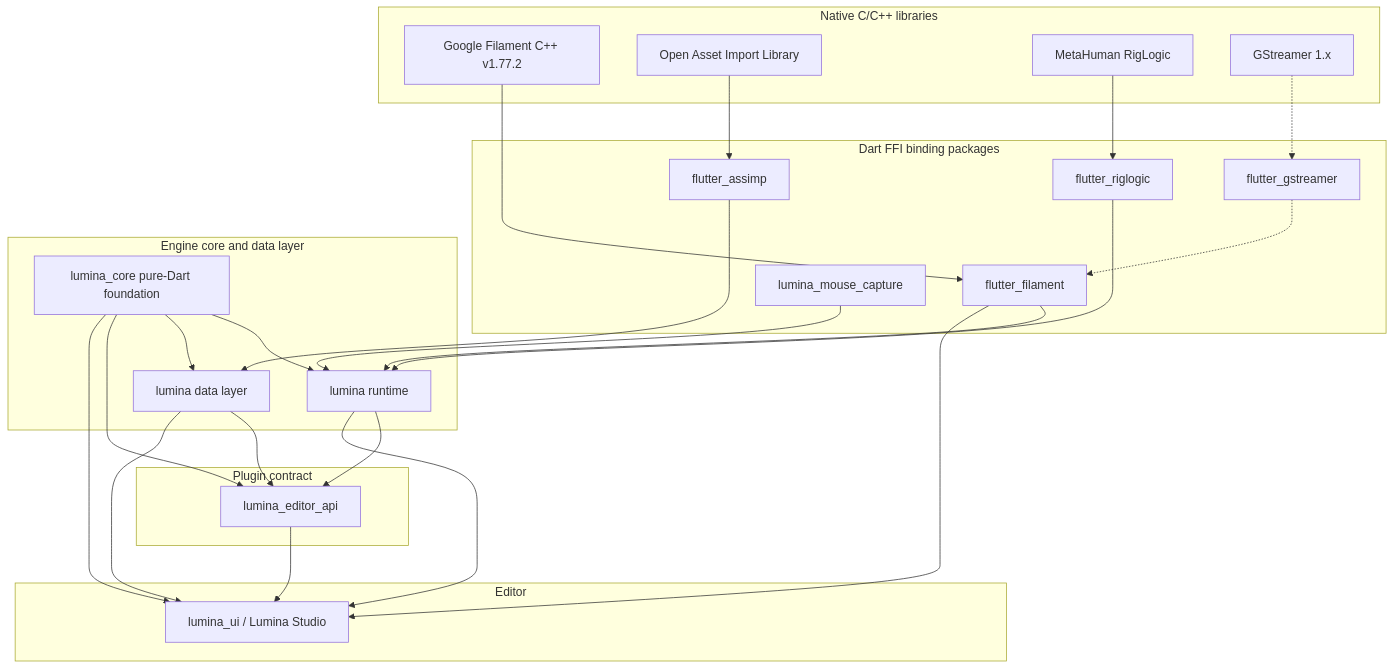
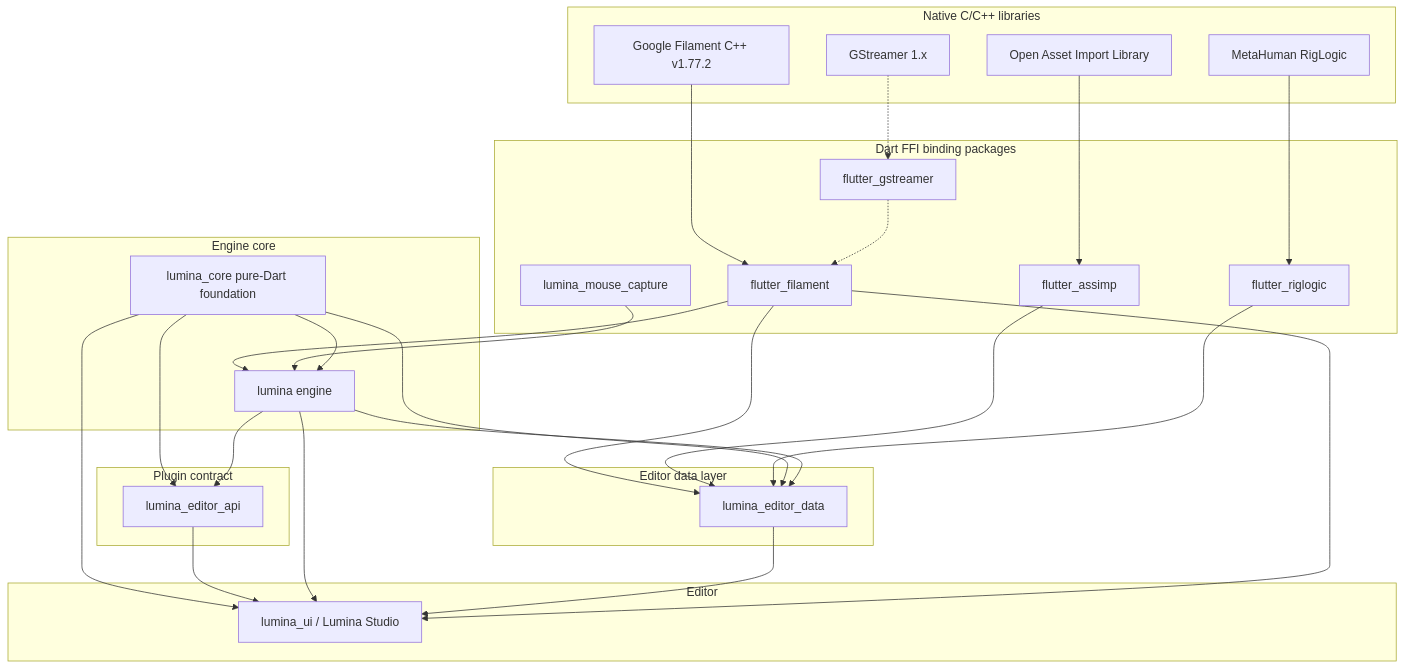
The diagram in docs/en/overview/layers.md (LuminaGame/lumina), drawn with Mermaid before and after one commit. The commit also changed other lines of this file and 41 other files, not shown here.

First line of the commit message:
docs(packages): lumina_editor_data pages (en, tr)

````diff
--- a/docs/en/overview/layers.md
+++ b/docs/en/overview/layers.md
@@ -11,54 +11,58 @@
 ```mermaid
 graph TD
     subgraph C_Level [Native C/C++ libraries]
         FilamentCPP[Google Filament C++ v1.77.2]
         AssimpCPP[Open Asset Import Library]
         RigLogicCPP[MetaHuman RigLogic]
         GStreamerC[GStreamer 1.x]
     end
 
     subgraph FFI_Level [Dart FFI binding packages]
         FlutterFilament[flutter_filament]
         FlutterAssimp[flutter_assimp]
         FlutterRiglogic[flutter_riglogic]
         FlutterGStreamer[flutter_gstreamer]
         MouseCapture[lumina_mouse_capture]
     end
 
-    subgraph Core_Level [Engine core and data layer]
+    subgraph Core_Level [Engine core]
         PureCore[lumina_core pure-Dart foundation]
-        LuminaCore[lumina runtime]
-        LuminaData[lumina data layer]
+        LuminaCore[lumina engine]
+    end
+
+    subgraph Data_Level [Editor data layer]
+        LuminaData[lumina_editor_data]
     end
 
     subgraph Plugin_Level [Plugin contract]
         EditorAPI[lumina_editor_api]
     end
 
     subgraph Studio_Level [Editor]
         LuminaUI[lumina_ui / Lumina Studio]
     end
 
     FilamentCPP --> FlutterFilament
     AssimpCPP --> FlutterAssimp
     RigLogicCPP --> FlutterRiglogic
     GStreamerC -.-> FlutterGStreamer
 
     FlutterFilament --> LuminaCore
+    FlutterFilament --> LuminaData
     FlutterAssimp --> LuminaData
-    FlutterRiglogic --> LuminaCore
+    FlutterRiglogic --> LuminaData
     MouseCapture --> LuminaCore
     FlutterGStreamer -.-> FlutterFilament
 
     PureCore --> LuminaCore
     PureCore --> LuminaData
     PureCore --> EditorAPI
     PureCore --> LuminaUI
+    LuminaCore --> LuminaData
     LuminaCore --> EditorAPI
-    LuminaData --> EditorAPI
 
     EditorAPI --> LuminaUI
     LuminaCore --> LuminaUI
     LuminaData --> LuminaUI
     FlutterFilament --> LuminaUI
 ```
````
